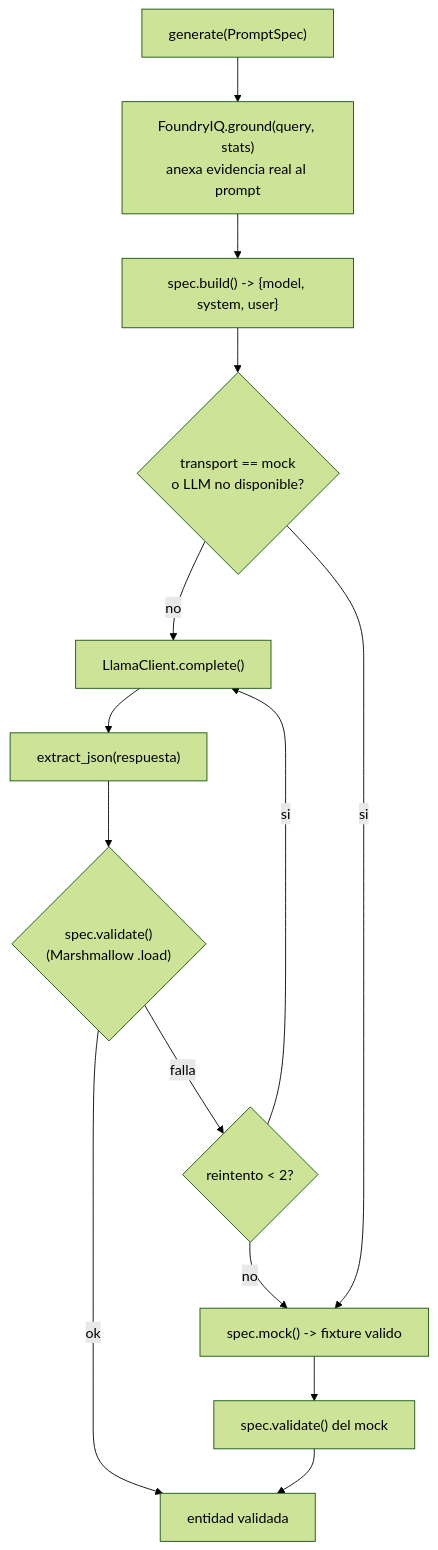
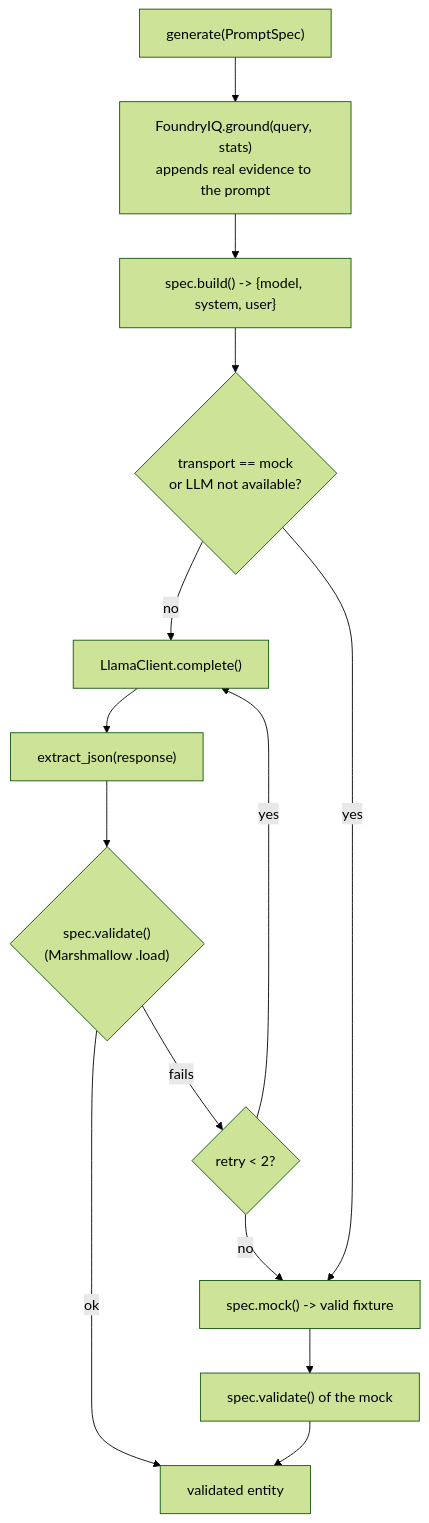
Before and after one commit to YuChan707/AGENTS-LEAGUE-HACKATHON-2026: the second of 3 diagrams in docs/workflow.md, drawn with Mermaid (forest theme). The commit also changed other lines of this file and 41 other files, not shown here.

````diff
--- a/docs/workflow.md
+++ b/docs/workflow.md
@@ -54,22 +54,22 @@
 ```mermaid
 flowchart TD
     START["generate(PromptSpec)"]
-    GROUND["FoundryIQ.ground(query, stats)<br/>anexa evidencia real al prompt"]
+    GROUND["FoundryIQ.ground(query, stats)<br/>appends real evidence to the prompt"]
     BUILDP["spec.build() -> {model, system, user}"]
-    ISMOCK{"transport == mock<br/>o LLM no disponible?"}
+    ISMOCK{"transport == mock<br/>or LLM not available?"}
     CALL["LlamaClient.complete()"]
-    JSON["extract_json(respuesta)"]
+    JSON["extract_json(response)"]
     VALID{"spec.validate()<br/>(Marshmallow .load)"}
-    RETRY{"reintento &lt; 2?"}
-    MOCK["spec.mock() -> fixture valido"]
-    OK["entidad validada"]
+    RETRY{"retry &lt; 2?"}
+    MOCK["spec.mock() -> valid fixture"]
+    OK["validated entity"]
 
     START --> GROUND --> BUILDP --> ISMOCK
     ISMOCK -- no --> CALL --> JSON --> VALID
     VALID -- ok --> OK
-    VALID -- falla --> RETRY
-    RETRY -- si --> CALL
+    VALID -- fails --> RETRY
+    RETRY -- yes --> CALL
     RETRY -- no --> MOCK
-    ISMOCK -- si --> MOCK
-    MOCK --> VALID2["spec.validate() del mock"] --> OK
+    ISMOCK -- yes --> MOCK
+    MOCK --> VALID2["spec.validate() of the mock"] --> OK
 ```
````
